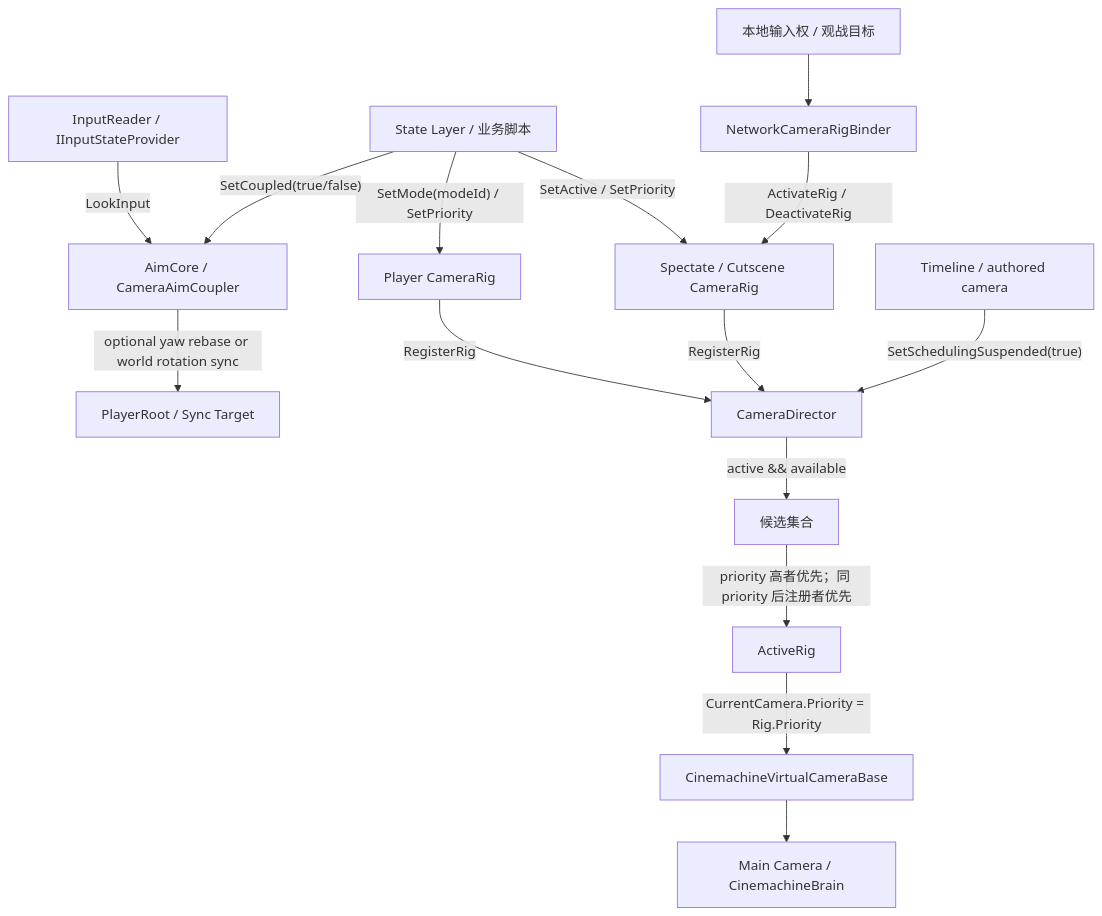
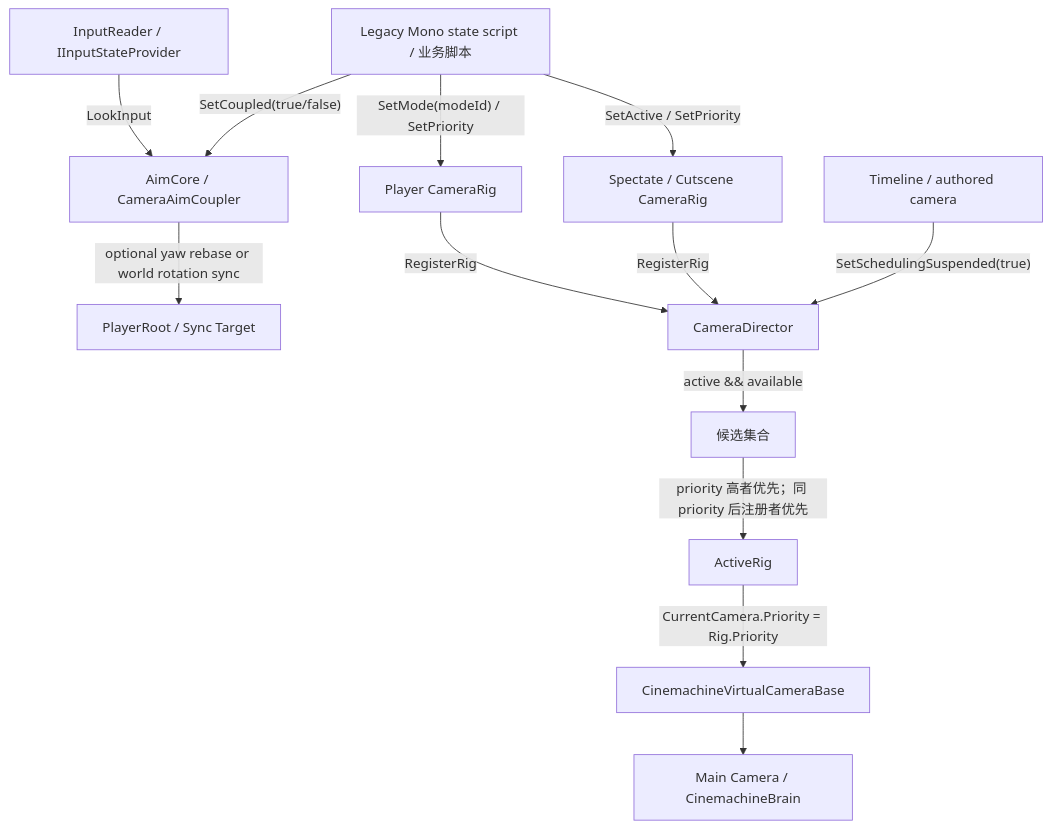
The diagram in Docs/Module-Camera.md (YunXEE/CoCoFlow), drawn with Mermaid before and after one commit. The commit also changed other lines of this file and 185 other files, not shown here.

````diff
--- a/Docs/Module-Camera.md
+++ b/Docs/Module-Camera.md
@@ -17,21 +22,18 @@
 ```mermaid
 flowchart TD
   Input["InputReader / IInputStateProvider"] -->|"LookInput"| AimCore["AimCore / CameraAimCoupler"]
-  State["State Layer / 业务脚本"] -->|"SetMode(modeId) / SetPriority"| PlayerRig["Player CameraRig"]
+  State["Legacy Mono state script / 业务脚本"] -->|"SetMode(modeId) / SetPriority"| PlayerRig["Player CameraRig"]
   State -->|"SetCoupled(true/false)"| AimCore
   State -->|"SetActive / SetPriority"| OtherRig["Spectate / Cutscene CameraRig"]
 
   AimCore -->|"optional yaw rebase or world rotation sync"| PlayerRoot["PlayerRoot / Sync Target"]
   PlayerRig -->|"RegisterRig"| Director["CameraDirector"]
   OtherRig -->|"RegisterRig"| Director
 
   Director -->|"active && available"| Filter["候选集合"]
   Filter -->|"priority 高者优先；同 priority 后注册者优先"| Winner["ActiveRig"]
   Winner -->|"CurrentCamera.Priority = Rig.Priority"| VCam["CinemachineVirtualCameraBase"]
   VCam --> Brain["Main Camera / CinemachineBrain"]
 
-  Network["本地输入权 / 观战目标"] --> Binder["NetworkCameraRigBinder"]
-  Binder -->|"ActivateRig / DeactivateRig"| OtherRig
-
   Timeline["Timeline / authored camera"] -->|"SetSchedulingSuspended(true)"| Director
 ```
````
